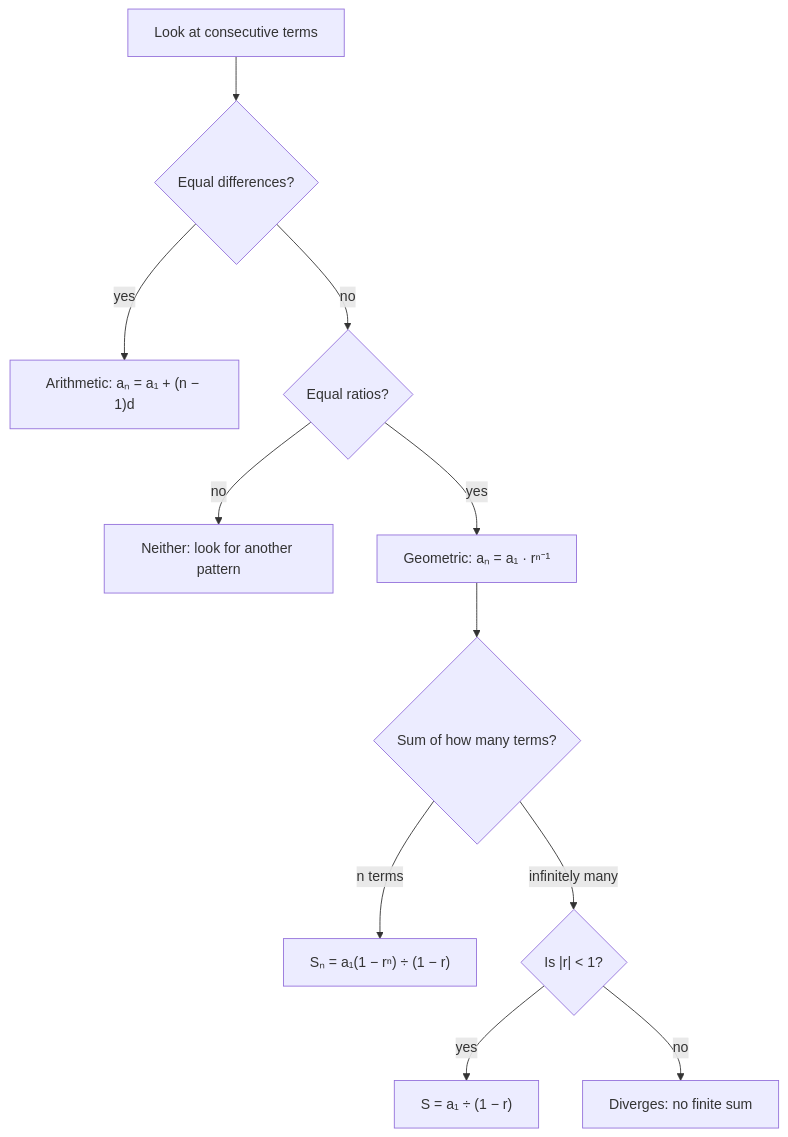
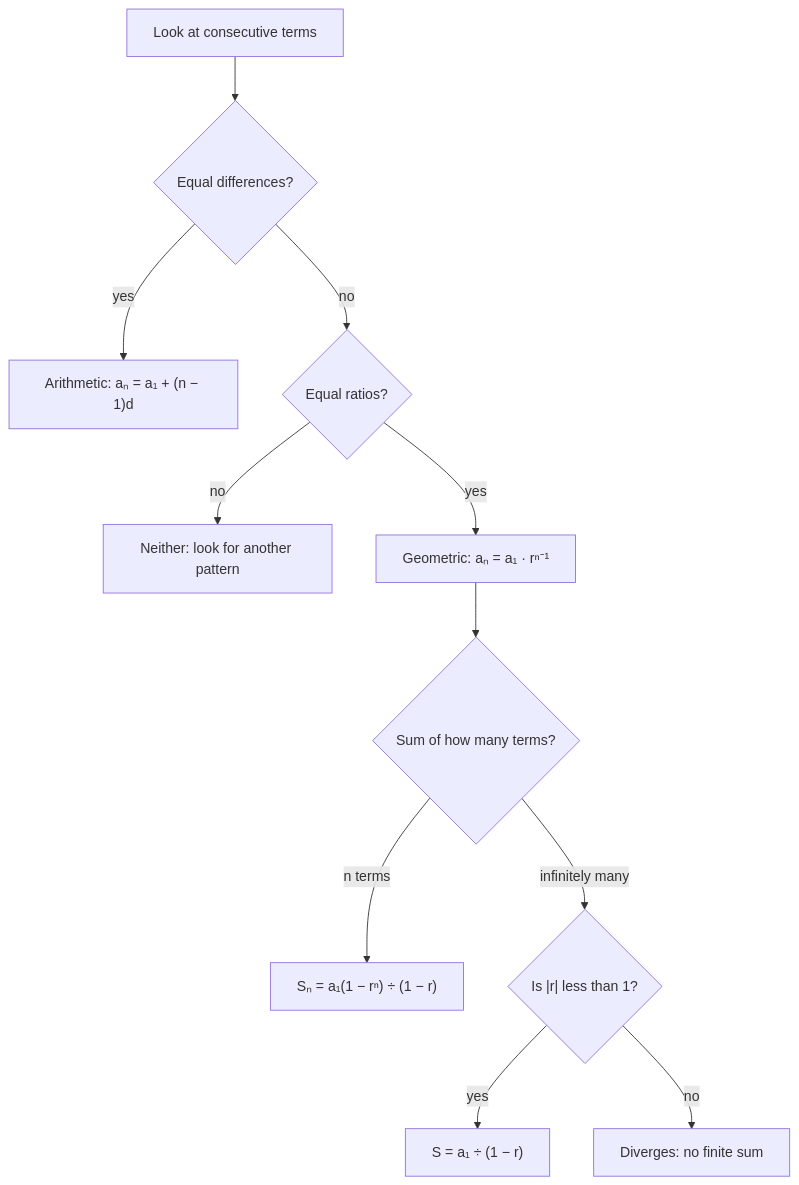
The diagram in content/math/algebra2/lessons/24-geometric-sequences.md (Aziliz/erudior), drawn with Mermaid before and after one commit. The commit also changed 56 other files, not shown here.

````diff
--- a/content/math/algebra2/lessons/24-geometric-sequences.md
+++ b/content/math/algebra2/lessons/24-geometric-sequences.md
@@ -138,15 +138,15 @@
 ```mermaid
 flowchart TD
   accTitle: Arithmetic, geometric or neither, and which sum formula to use
   accDescr: Look at consecutive terms. If the differences are equal, the sequence is arithmetic, with a n equals a 1 plus n minus 1 times d. If not, check the ratios. If the ratios are not equal either, the sequence is neither and needs another pattern. If the ratios are equal, it is geometric, with a n equals a 1 times r to the n minus 1. For a finite geometric sum use S n equals a 1 times 1 minus r to the n, over 1 minus r. For an infinite sum, check whether the absolute value of r is less than 1: if so, S equals a 1 over 1 minus r; if not, the series diverges.
   A["Look at consecutive terms"] --> B{"Equal differences?"}
   B -- yes --> C["Arithmetic: aₙ = a₁ + (n − 1)d"]
   B -- no --> D{"Equal ratios?"}
   D -- no --> N["Neither: look for another pattern"]
   D -- yes --> G["Geometric: aₙ = a₁ · rⁿ⁻¹"]
   G --> H{"Sum of how many terms?"}
   H -- "n terms" --> I["Sₙ = a₁(1 − rⁿ) ÷ (1 − r)"]
-  H -- "infinitely many" --> J{"Is |r| < 1?"}
+  H -- "infinitely many" --> J{"Is |r| less than 1?"}
   J -- yes --> K["S = a₁ ÷ (1 − r)"]
   J -- no --> L["Diverges: no finite sum"]
 ```
````
